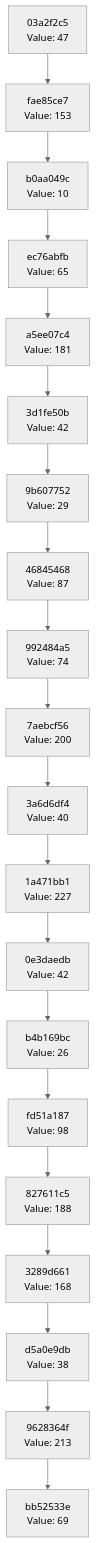
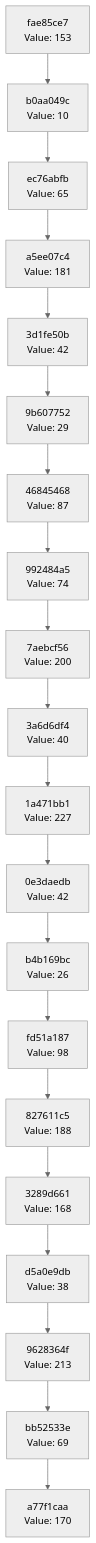
One commit to Abhisheksinha1506/hash-chain-evolver changed the diagram in docs/CHAIN_VISUALIZATION.md. Above: the diagram before and after it, drawn with Mermaid (neutral theme). The commit also changed 3 other files, not shown here.

````diff
--- a/docs/CHAIN_VISUALIZATION.md
+++ b/docs/CHAIN_VISUALIZATION.md
@@ -3,42 +3,42 @@
 ```mermaid
 graph TD
-    C0["bb52533e<br/>Value: 69"]
-    C1["9628364f<br/>Value: 213"]
+    C0["a77f1caa<br/>Value: 170"]
+    C1["bb52533e<br/>Value: 69"]
     C1 --> C0
-    C2["d5a0e9db<br/>Value: 38"]
+    C2["9628364f<br/>Value: 213"]
     C2 --> C1
-    C3["3289d661<br/>Value: 168"]
+    C3["d5a0e9db<br/>Value: 38"]
     C3 --> C2
-    C4["827611c5<br/>Value: 188"]
+    C4["3289d661<br/>Value: 168"]
     C4 --> C3
-    C5["fd51a187<br/>Value: 98"]
+    C5["827611c5<br/>Value: 188"]
     C5 --> C4
-    C6["b4b169bc<br/>Value: 26"]
+    C6["fd51a187<br/>Value: 98"]
     C6 --> C5
-    C7["0e3daedb<br/>Value: 42"]
+    C7["b4b169bc<br/>Value: 26"]
     C7 --> C6
-    C8["1a471bb1<br/>Value: 227"]
+    C8["0e3daedb<br/>Value: 42"]
     C8 --> C7
-    C9["3a6d6df4<br/>Value: 40"]
+    C9["1a471bb1<br/>Value: 227"]
     C9 --> C8
-    C10["7aebcf56<br/>Value: 200"]
+    C10["3a6d6df4<br/>Value: 40"]
     C10 --> C9
-    C11["992484a5<br/>Value: 74"]
+    C11["7aebcf56<br/>Value: 200"]
     C11 --> C10
-    C12["46845468<br/>Value: 87"]
+    C12["992484a5<br/>Value: 74"]
     C12 --> C11
-    C13["9b607752<br/>Value: 29"]
+    C13["46845468<br/>Value: 87"]
     C13 --> C12
-    C14["3d1fe50b<br/>Value: 42"]
+    C14["9b607752<br/>Value: 29"]
     C14 --> C13
-    C15["a5ee07c4<br/>Value: 181"]
+    C15["3d1fe50b<br/>Value: 42"]
     C15 --> C14
-    C16["ec76abfb<br/>Value: 65"]
+    C16["a5ee07c4<br/>Value: 181"]
     C16 --> C15
-    C17["b0aa049c<br/>Value: 10"]
+    C17["ec76abfb<br/>Value: 65"]
     C17 --> C16
-    C18["fae85ce7<br/>Value: 153"]
+    C18["b0aa049c<br/>Value: 10"]
     C18 --> C17
-    C19["03a2f2c5<br/>Value: 47"]
+    C19["fae85ce7<br/>Value: 153"]
     C19 --> C18
 ```
````
